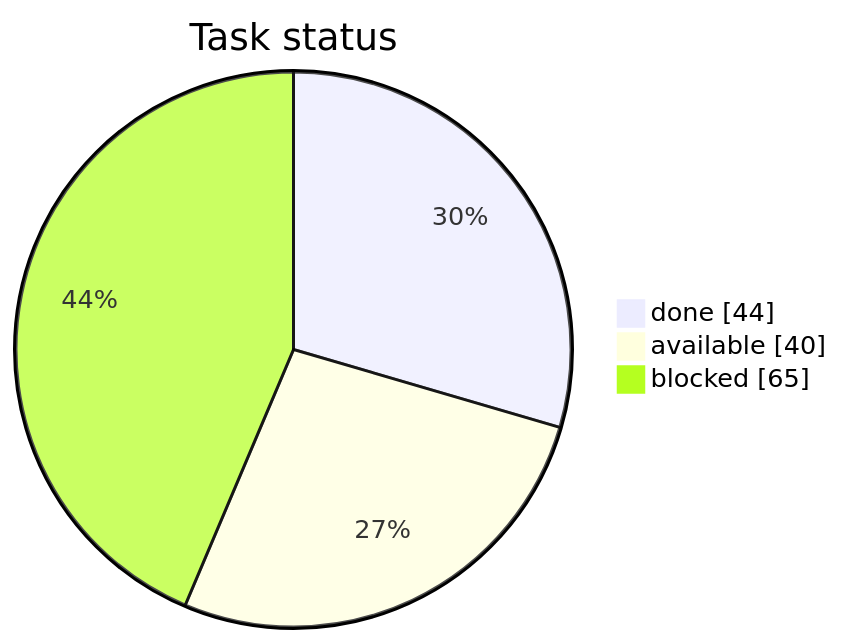
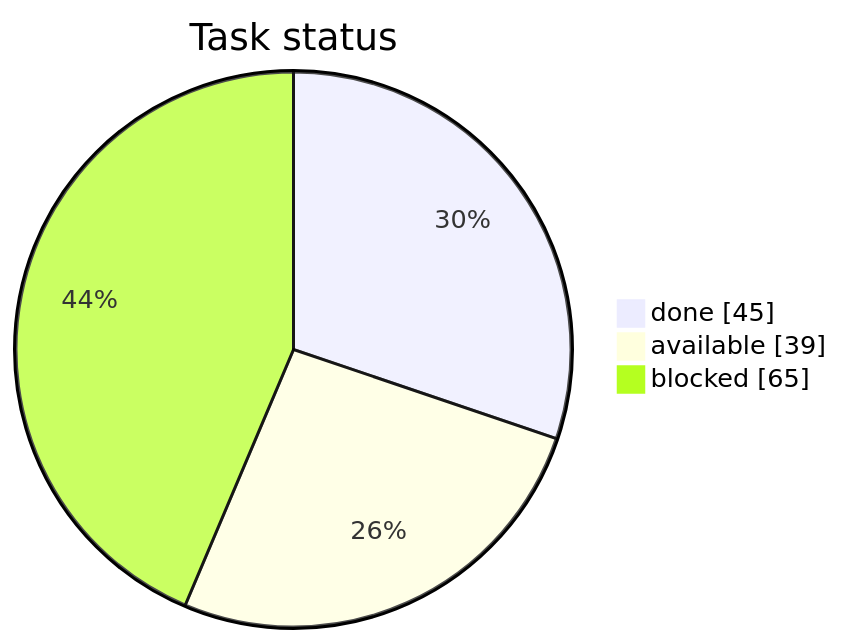
Before and after one commit to artemiiShabanov/RallyRivals: the first of 3 diagrams in STATUS.md, drawn with Mermaid. The commit also changed other lines of this file and 35 other files, not shown here.

````diff
--- a/STATUS.md
+++ b/STATUS.md
@@ -7,7 +7,7 @@
 ```mermaid
 pie showData
     title Task status
-    "done" : 44
-    "available" : 40
+    "done" : 45
+    "available" : 39
     "blocked" : 65
 ```
````
